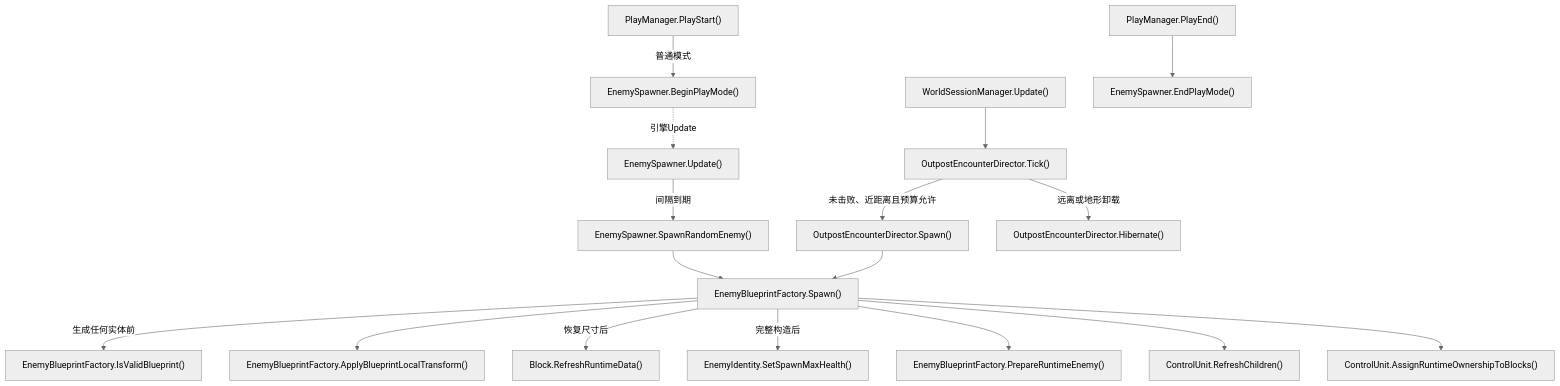
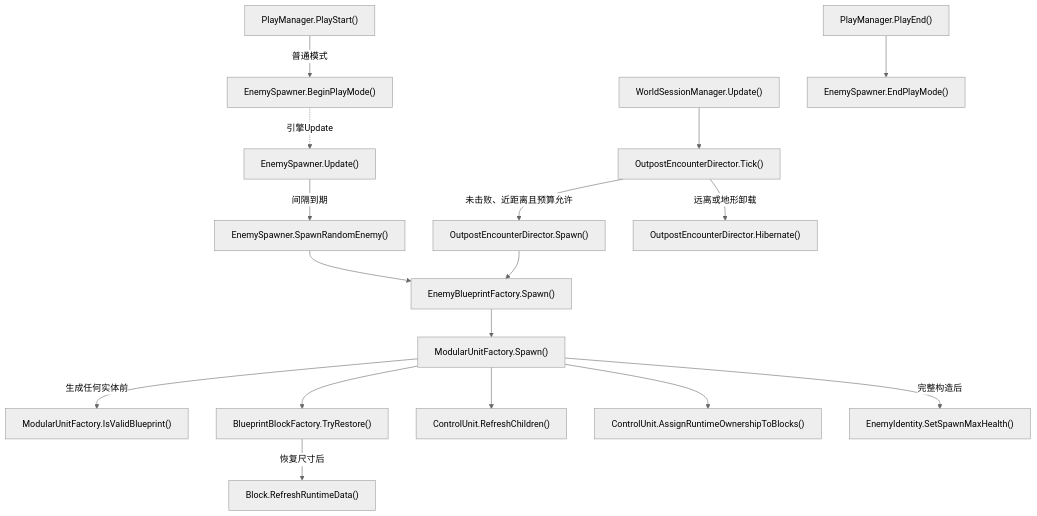
One commit to kukudia/HY-Sandbox changed diagram 28 of 32 in Docs/RuntimeFlow.md. Above: the diagram before and after it, drawn with Mermaid (neutral theme). The commit also changed other lines of this file and 17 other files, not shown here.

````diff
--- a/Docs/RuntimeFlow.md
+++ b/Docs/RuntimeFlow.md
@@ -2519,55 +2519,55 @@
 ```mermaid
 flowchart TD
     A["PlayManager.PlayStart()"]
     click A "../Assets/Scripts/Features/Simulation/PlayManager.cs#L87" "打开源码"
     B["EnemySpawner.BeginPlayMode()"]
     click B "../Assets/Scripts/Features/Combat/EnemySpawner.cs#L41" "打开源码"
     C["EnemySpawner.Update()"]
     click C "../Assets/Scripts/Features/Combat/EnemySpawner.cs#L26" "打开源码"
     D["EnemySpawner.SpawnRandomEnemy()"]
     click D "../Assets/Scripts/Features/Combat/EnemySpawner.cs#L110" "打开源码"
     E["WorldSessionManager.Update()"]
     click E "../Assets/Scripts/Features/World/WorldSessionManager.cs#L415" "打开源码"
     F["OutpostEncounterDirector.Tick()"]
     click F "../Assets/Scripts/Features/World/OutpostEncounterDirector.cs#L51" "打开源码"
     G["OutpostEncounterDirector.Spawn()"]
     click G "../Assets/Scripts/Features/World/OutpostEncounterDirector.cs#L170" "打开源码"
-    H["EnemyBlueprintFactory.IsValidBlueprint()"]
-    click H "../Assets/Scripts/Features/Combat/EnemyBlueprintFactory.cs#L8" "打开源码"
+    H["ModularUnitFactory.IsValidBlueprint()"]
+    click H "../Assets/Scripts/Features/Simulation/ModularUnitFactory.cs#L8" "打开源码"
     I["EnemyBlueprintFactory.Spawn()"]
-    click I "../Assets/Scripts/Features/Combat/EnemyBlueprintFactory.cs#L41" "打开源码"
-    J["EnemyBlueprintFactory.ApplyBlueprintLocalTransform()"]
-    click J "../Assets/Scripts/Features/Combat/EnemyBlueprintFactory.cs#L150" "打开源码"
+    click I "../Assets/Scripts/Features/Combat/EnemyBlueprintFactory.cs#L12" "打开源码"
+    J["BlueprintBlockFactory.TryRestore()"]
+    click J "../Assets/Scripts/Features/Building/BlueprintLoading/BlueprintBlockFactory.cs#L7" "打开源码"
     K["Block.RefreshRuntimeData()"]
     click K "../Assets/Scripts/Features/Simulation/Block.cs#L123" "打开源码"
-    L["EnemyBlueprintFactory.PrepareRuntimeEnemy()"]
-    click L "../Assets/Scripts/Features/Combat/EnemyBlueprintFactory.cs#L212" "打开源码"
+    L["ModularUnitFactory.Spawn()"]
+    click L "../Assets/Scripts/Features/Simulation/ModularUnitFactory.cs#L41" "打开源码"
     M["ControlUnit.RefreshChildren()"]
-    click M "../Assets/Scripts/Features/Simulation/ControlUnit.cs#L159" "打开源码"
+    click M "../Assets/Scripts/Features/Simulation/ControlUnit.cs#L160" "打开源码"
     N["ControlUnit.AssignRuntimeOwnershipToBlocks()"]
-    click N "../Assets/Scripts/Features/Simulation/ControlUnit.cs#L209" "打开源码"
+    click N "../Assets/Scripts/Features/Simulation/ControlUnit.cs#L210" "打开源码"
     O["EnemyIdentity.SetSpawnMaxHealth()"]
     click O "../Assets/Scripts/Features/Combat/EnemyIdentity.cs#L31" "打开源码"
     P["OutpostEncounterDirector.Hibernate()"]
     click P "../Assets/Scripts/Features/World/OutpostEncounterDirector.cs#L293" "打开源码"
     Q["PlayManager.PlayEnd()"]
     click Q "../Assets/Scripts/Features/Simulation/PlayManager.cs#L268" "打开源码"
     R["EnemySpawner.EndPlayMode()"]
     click R "../Assets/Scripts/Features/Combat/EnemySpawner.cs#L57" "打开源码"
     A -->|普通模式| B
     B -.->|引擎Update| C
     C -->|间隔到期| D
     D --> I
     E --> F
     F -->|未击败、近距离且预算允许| G
     F -->|远离或地形卸载| P
     G --> I
-    I -->|生成任何实体前| H
-    I --> J
-    I -->|恢复尺寸后| K
-    I -->|完整构造后| O
     I --> L
-    I --> M
-    I --> N
+    L -->|生成任何实体前| H
+    L --> J
+    J -->|恢复尺寸后| K
+    L -->|完整构造后| O
+    L --> M
+    L --> N
     Q --> R
 ```
````
